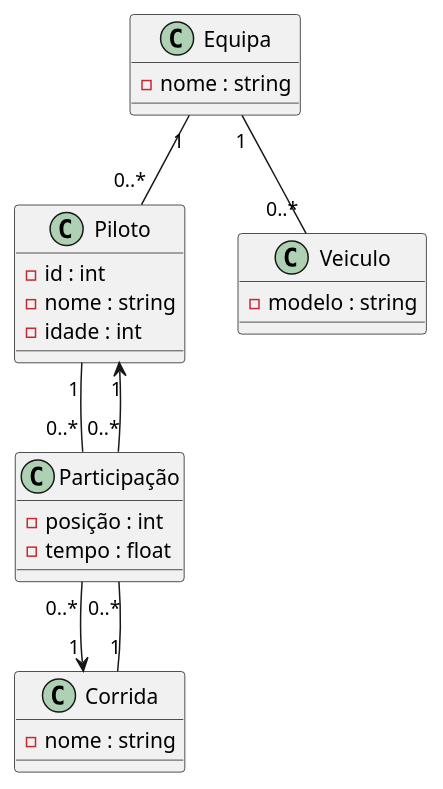
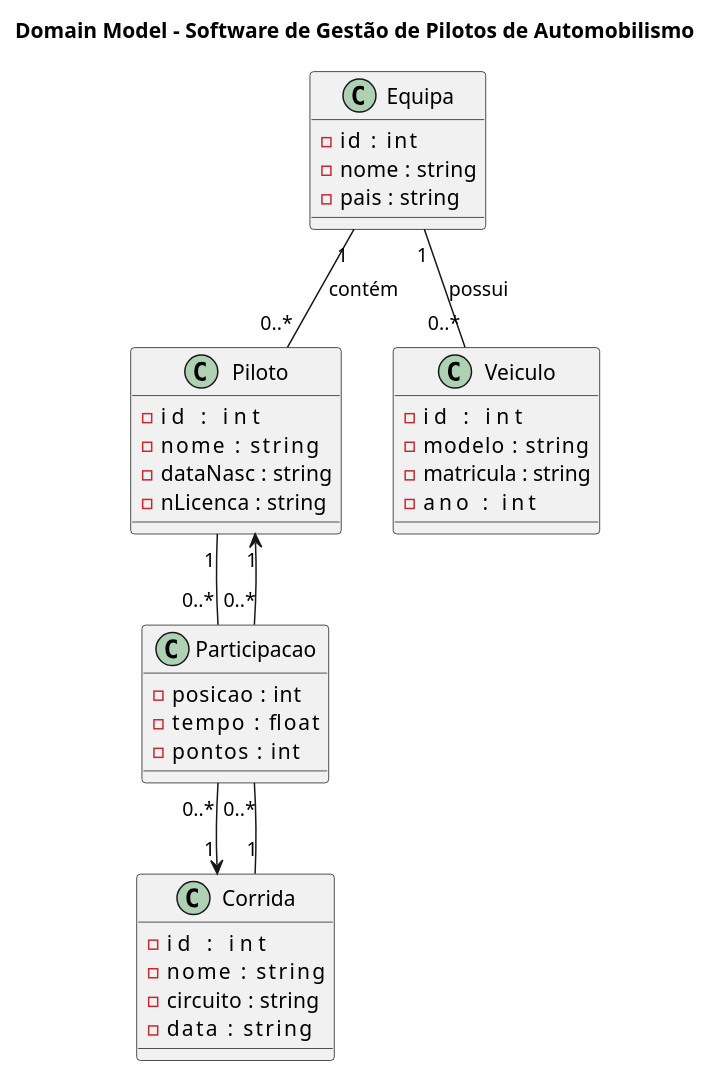
Before and after one commit to jslvt/fsoft2026_1DD_3: the diagram in Documentation/Iteration01/domain_model.puml, drawn with PlantUML. The commit also changed 12 other files, not shown here.

First line of the commit message:
Add diagrams and gitignore

```diff
--- a/Documentation/Iteration01/domain_model.puml
+++ b/Documentation/Iteration01/domain_model.puml
@@ -1,36 +1,51 @@
 @startuml
 
+title Domain Model - Software de Gestão de Pilotos de Automobilismo
+
 class Piloto {
-  -id : int
-  -nome : string
-  -idade : int
+  -id        : int
+  -nome      : string
+  -dataNasc  : string
+  -nLicenca  : string
 }
 
 class Equipa {
-  -nome : string
+  -id    : int
+  -nome  : string
+  -pais  : string
 }
 
 class Veiculo {
-  -modelo : string
+  -id        : int
+  -modelo    : string
+  -matricula : string
+  -ano       : int
 }
 
 class Corrida {
-  -nome : string
+  -id        : int
+  -nome      : string
+  -circuito  : string
+  -data      : string
 }
 
-class Participação {
-  -posição : int
-  -tempo : float
+class Participacao {
+  -posicao   : int
+  -tempo     : float
+  -pontos    : int
 }
 
-' Relações
-Equipa "1" -- "0..*" Piloto
-Equipa "1" -- "0..*" Veiculo
+' Associative class breaking Piloto <-> Corrida many-to-many
+' Participacao is the associative class
 
-Piloto "1" -- "0..*" Participação
-Corrida "1" -- "0..*" Participação
+' Relations
+Equipa  "1"    --  "0..*"  Piloto      : contém
+Equipa  "1"    --  "0..*"  Veiculo     : possui
 
-Participação "0..*" --> "1" Piloto
-Participação "0..*" --> "1" Corrida
+Piloto  "1"    --  "0..*"  Participacao
+Corrida "1"    --  "0..*"  Participacao
+
+Participacao "0..*" --> "1" Piloto
+Participacao "0..*" --> "1" Corrida
 
 @enduml
```
